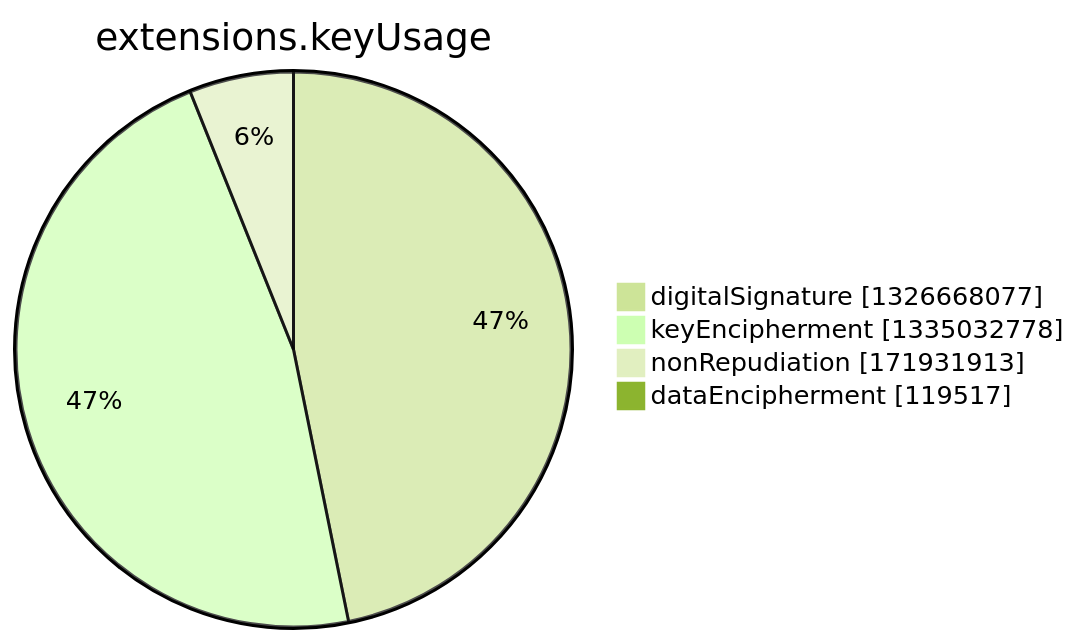
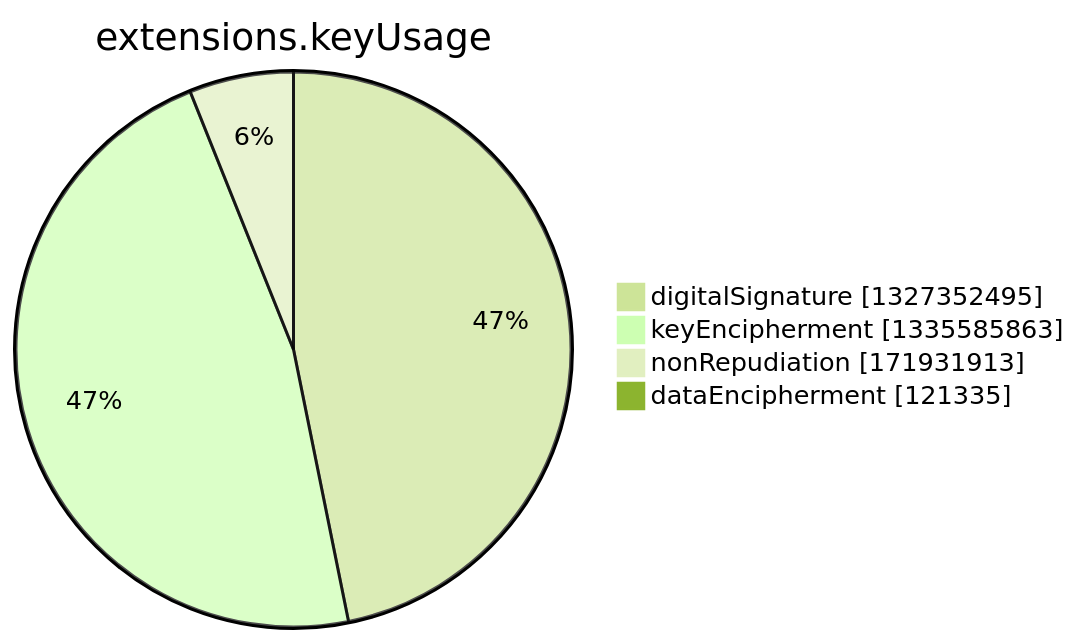
The seventh of 15 diagrams in argon2022/README.md (christiankrug/ctmonitor_visualization), drawn with Mermaid (forest theme) before and after one commit. The commit also changed other lines of this file, not shown here.

````diff
--- a/argon2022/README.md
+++ b/argon2022/README.md
@@ -2750,8 +2750,8 @@
 ```mermaid
 pie showData
 title extensions.keyUsage
-"digitalSignature" :1326668077
-"keyEncipherment" :1335032778
+"digitalSignature" :1327352495
+"keyEncipherment" :1335585863
 "nonRepudiation" :171931913
-"dataEncipherment" :119517
+"dataEncipherment" :121335
 ```
````
